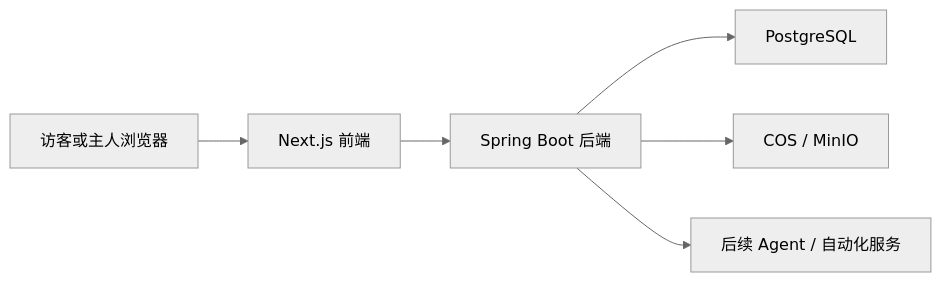
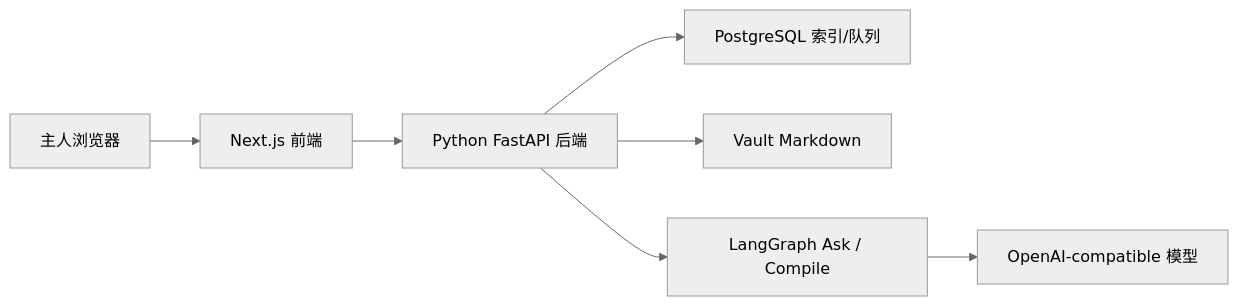
Before and after one commit to rrhww/inkdesk: the diagram in docs/architecture/system-overview.md, drawn with Mermaid (neutral theme). The commit also changed other lines of this file and 267 other files, not shown here.

````diff
--- a/docs/architecture/system-overview.md
+++ b/docs/architecture/system-overview.md
@@ -77,8 +76,9 @@
 ```mermaid
 flowchart LR
-    A["访客或主人浏览器"] --> B["Next.js 前端"]
-    B --> C["Spring Boot 后端"]
-    C --> D["PostgreSQL"]
-    C --> E["COS / MinIO"]
-    C --> F["后续 Agent / 自动化服务"]
+    A["主人浏览器"] --> B["Next.js 前端"]
+    B --> C["Python FastAPI 后端"]
+    C --> D["PostgreSQL 索引/队列"]
+    C --> E["Vault Markdown"]
+    C --> F["LangGraph Ask / Compile"]
+    F --> G["OpenAI-compatible 模型"]
 ```
````
